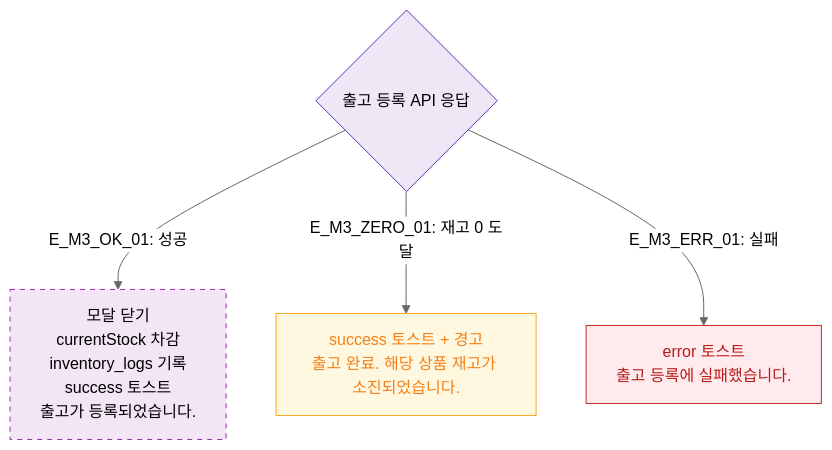
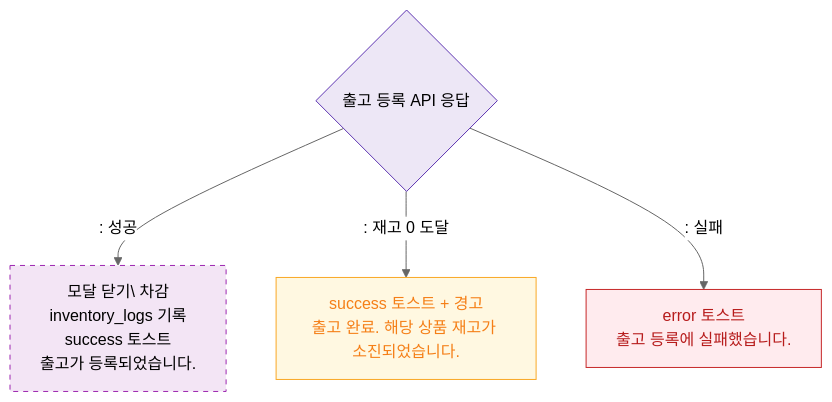
The diagram in docs/다이어그램/D05_상품관리/DLG/DLG-P013_출고등록/M3_결과분기.md (dev-spogym/admin-pando), drawn with Mermaid (neutral theme) before and after one commit. The commit also changed other lines of this file and 1660 other files, not shown here.

First line of the commit message:
다이어그램: 기획자/클라이언트 납품본으로 정리

````diff
--- a/docs/다이어그램/D05_상품관리/DLG/DLG-P013_출고등록/M3_결과분기.md
+++ b/docs/다이어그램/D05_상품관리/DLG/DLG-P013_출고등록/M3_결과분기.md
@@ -16,15 +14,15 @@
 ```mermaid
 flowchart TD
-    OutboundAPI{출고 등록 API 응답} -->|"E_M3_OK_01: 성공"| SuccessResult[모달 닫기\ncurrentStock 차감\ninventory_logs 기록\nsuccess 토스트\n출고가 등록되었습니다.]
-    OutboundAPI -->|"E_M3_ZERO_01: 재고 0 도달"| ZeroWarn[success 토스트 + 경고\n출고 완료. 해당 상품 재고가 소진되었습니다.]
-    OutboundAPI -->|"E_M3_ERR_01: 실패"| ErrResult[error 토스트\n출고 등록에 실패했습니다.]
+    OutboundAPI{출고 등록 API 응답} -->|": 성공"|SuccessResult[모달 닫기\ 차감\ninventory_logs 기록\nsuccess 토스트\n출고가 등록되었습니다.]
+    OutboundAPI -->|": 재고 0 도달"|ZeroWarn[success 토스트 + 경고\n출고 완료. 해당 상품 재고가 소진되었습니다.]
+    OutboundAPI -->|": 실패"|ErrResult[error 토스트\n출고 등록에 실패했습니다.]
 
     classDef newFeature fill:#F3E5F5,stroke:#9C27B0,stroke-dasharray:5 5
     classDef warning fill:#FFF8E1,stroke:#F9A825,color:#F57F17
     classDef error fill:#FFEBEE,stroke:#C62828,color:#B71C1C
     classDef system fill:#EDE7F6,stroke:#5E35B2
     class SuccessResult newFeature
     class ZeroWarn warning
     class ErrResult error
     class OutboundAPI system
 ```
````
